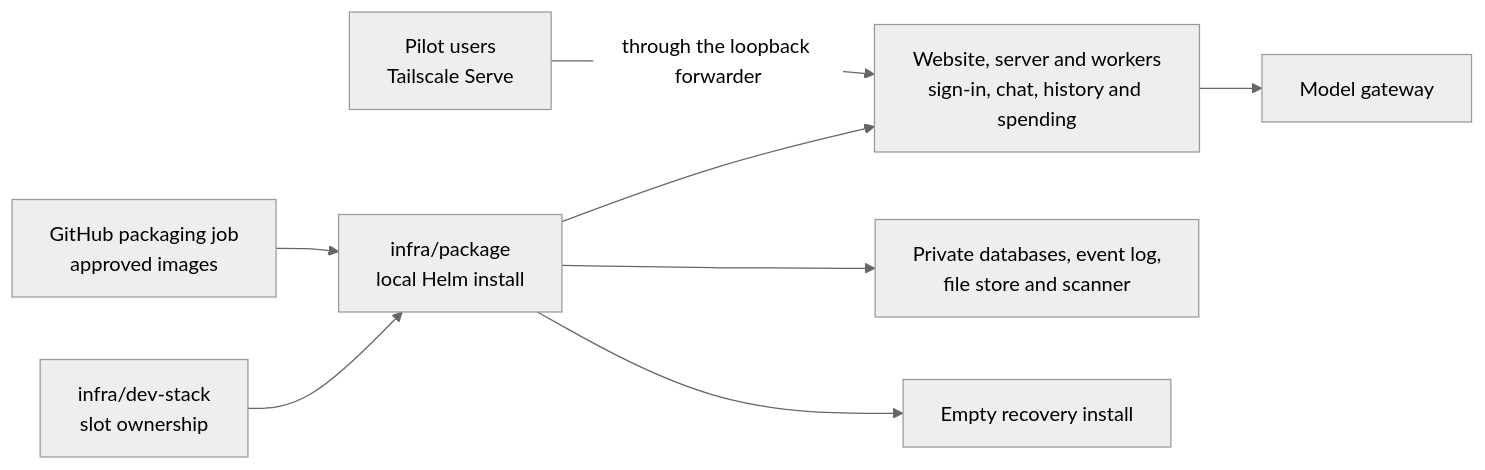
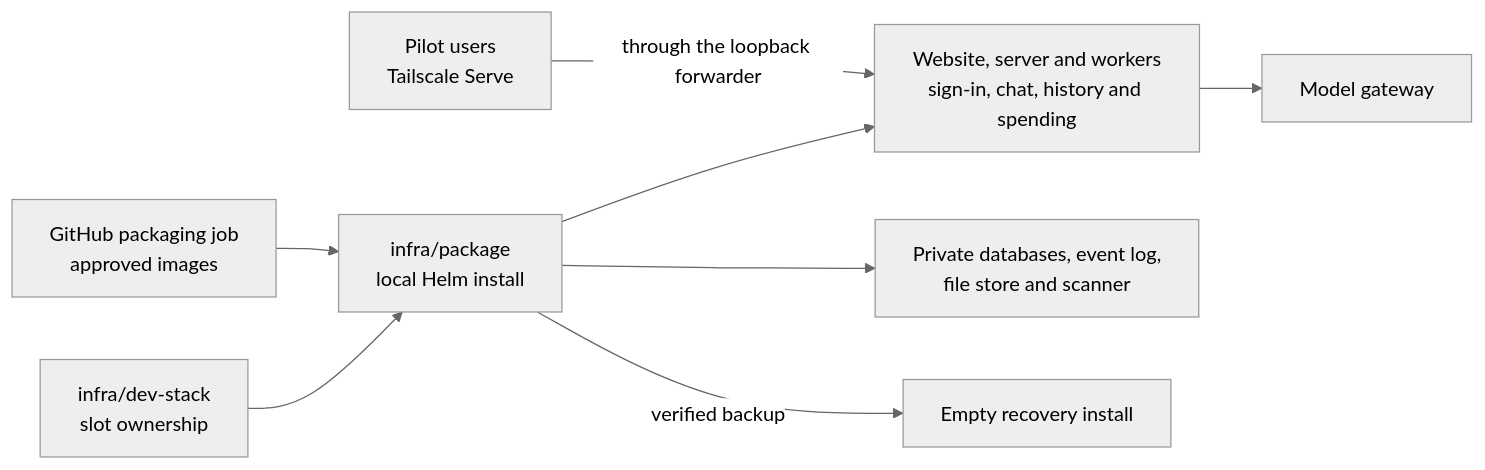
One commit to elewa-git/opencrane-new changed the diagram in infra/package/README.md. Above: the diagram before and after it, drawn with Mermaid (neutral theme). The commit also changed other lines of this file and 12 other files, not shown here.

````diff
--- a/infra/package/README.md
+++ b/infra/package/README.md
@@ -19,10 +19,10 @@
 ```mermaid
 flowchart LR
   stack["infra/dev-stack<br/>slot ownership"] --> package["infra/package<br/>local Helm install"]
   ci["GitHub packaging job<br/>approved images"] --> package
   package --> apps["Website, server and workers<br/>sign-in, chat, history and spending"]
   tailnet["Pilot users<br/>Tailscale Serve"] -->|through the loopback forwarder| apps
   package --> services["Private databases, event log,<br/>file store and scanner"]
   apps --> models["Model gateway"]
-  package --> recovery["Empty recovery install"]
+  package -->|verified backup| recovery["Empty recovery install"]
 ```
````
